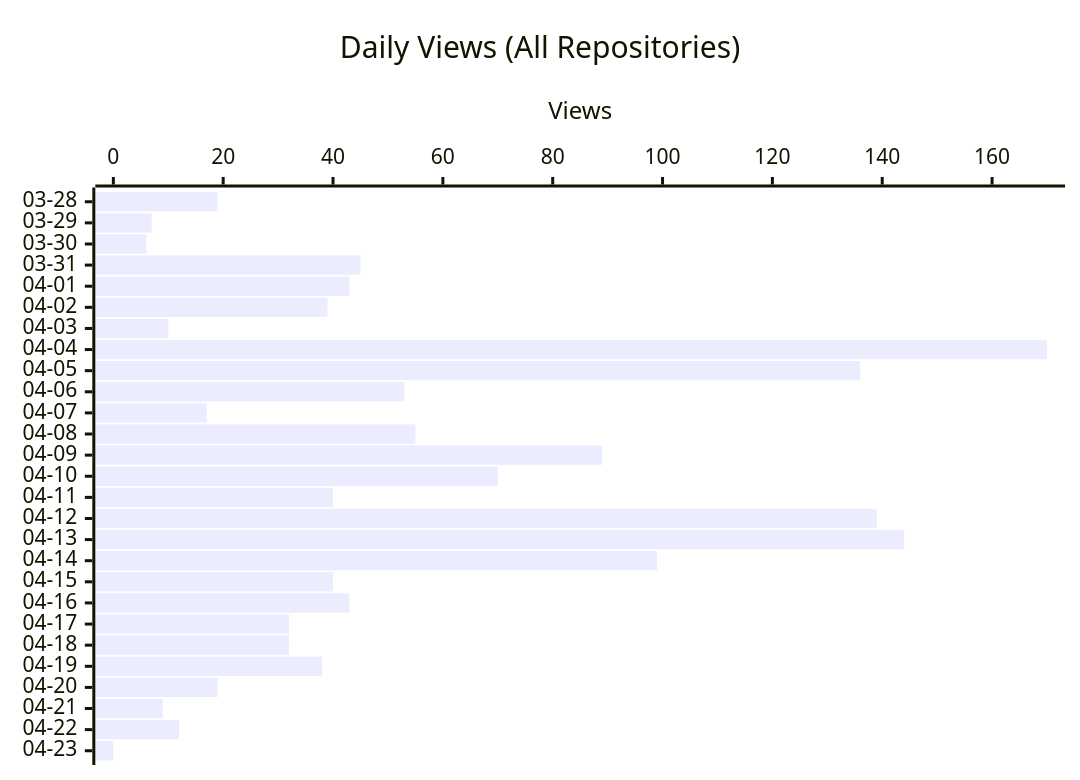
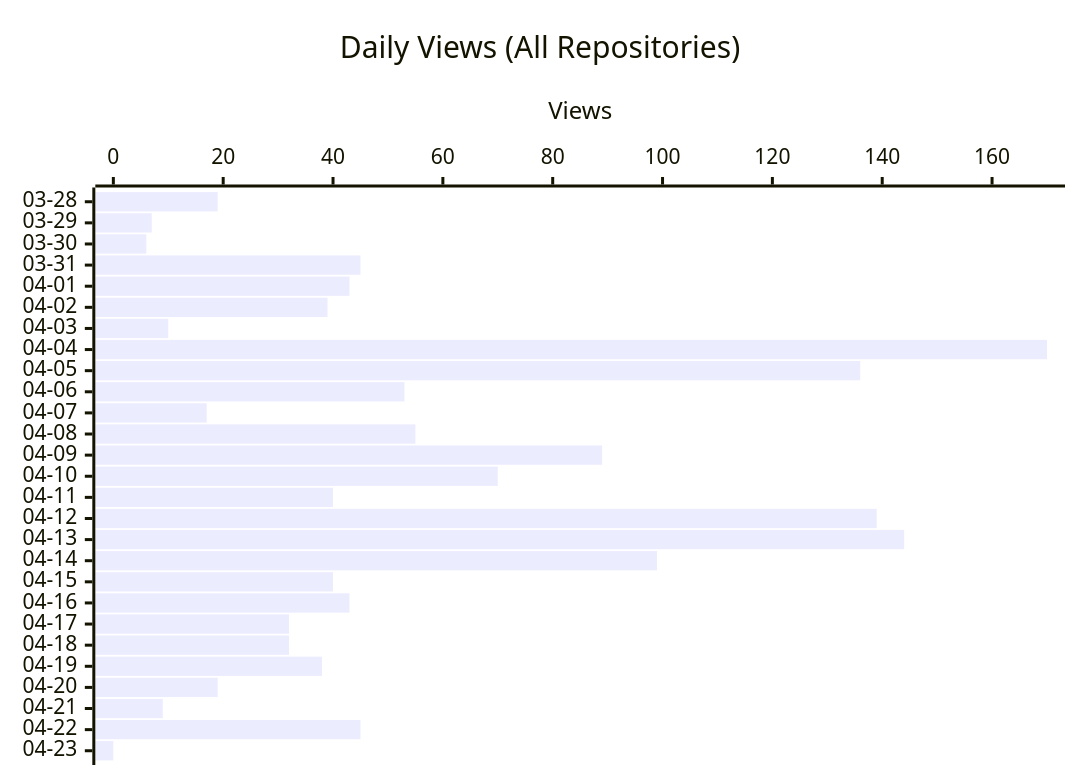
The second of 3 diagrams in README.md (shigechika/github-insights), drawn with Mermaid before and after one commit. The commit also changed other lines of this file and 1 other file, not shown here.

````diff
--- a/README.md
+++ b/README.md
@@ -26,7 +26,7 @@
 ```mermaid
 xychart-beta horizontal
     title "Daily Views (All Repositories)"
     x-axis ["03-28", "03-29", "03-30", "03-31", "04-01", "04-02", "04-03", "04-04", "04-05", "04-06", "04-07", "04-08", "04-09", "04-10", "04-11", "04-12", "04-13", "04-14", "04-15", "04-16", "04-17", "04-18", "04-19", "04-20", "04-21", "04-22", "04-23"]
     y-axis "Views"
-    bar [19, 7, 6, 45, 43, 39, 10, 170, 136, 53, 17, 55, 89, 70, 40, 139, 144, 99, 40, 43, 32, 32, 38, 19, 9, 12, 0]
+    bar [19, 7, 6, 45, 43, 39, 10, 170, 136, 53, 17, 55, 89, 70, 40, 139, 144, 99, 40, 43, 32, 32, 38, 19, 9, 45, 0]
 ```
````
